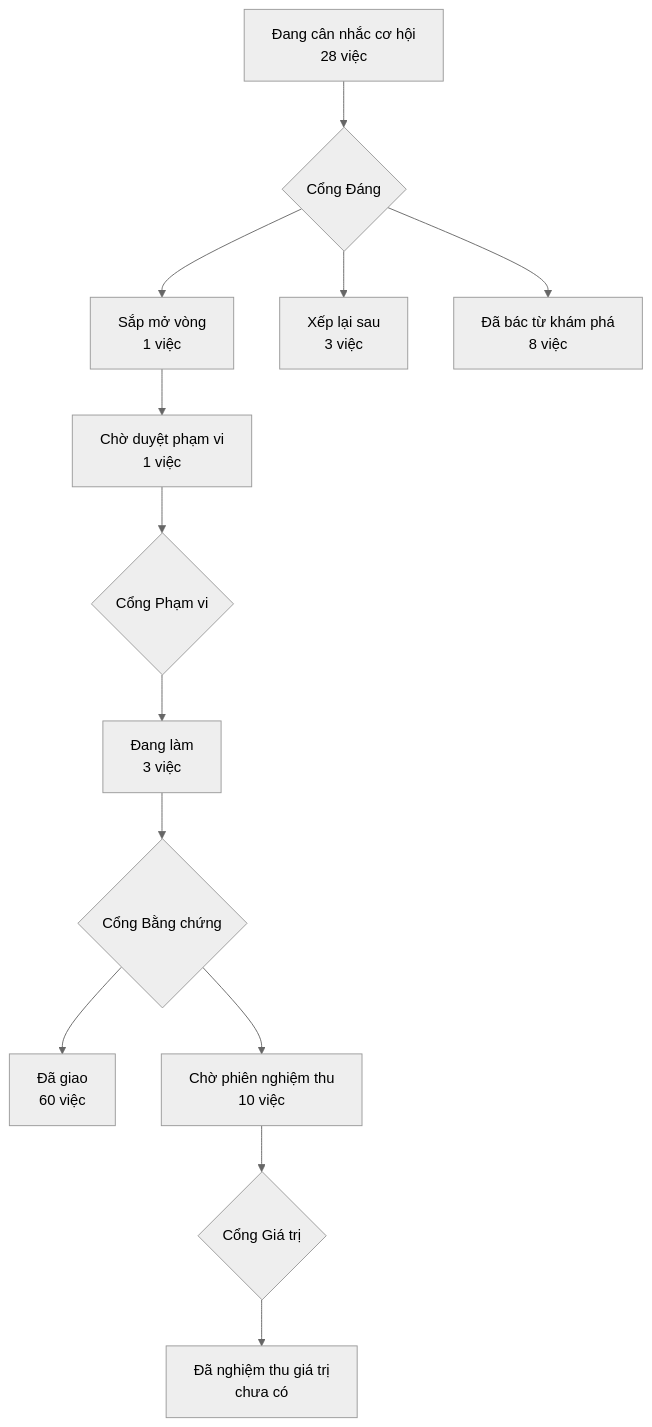
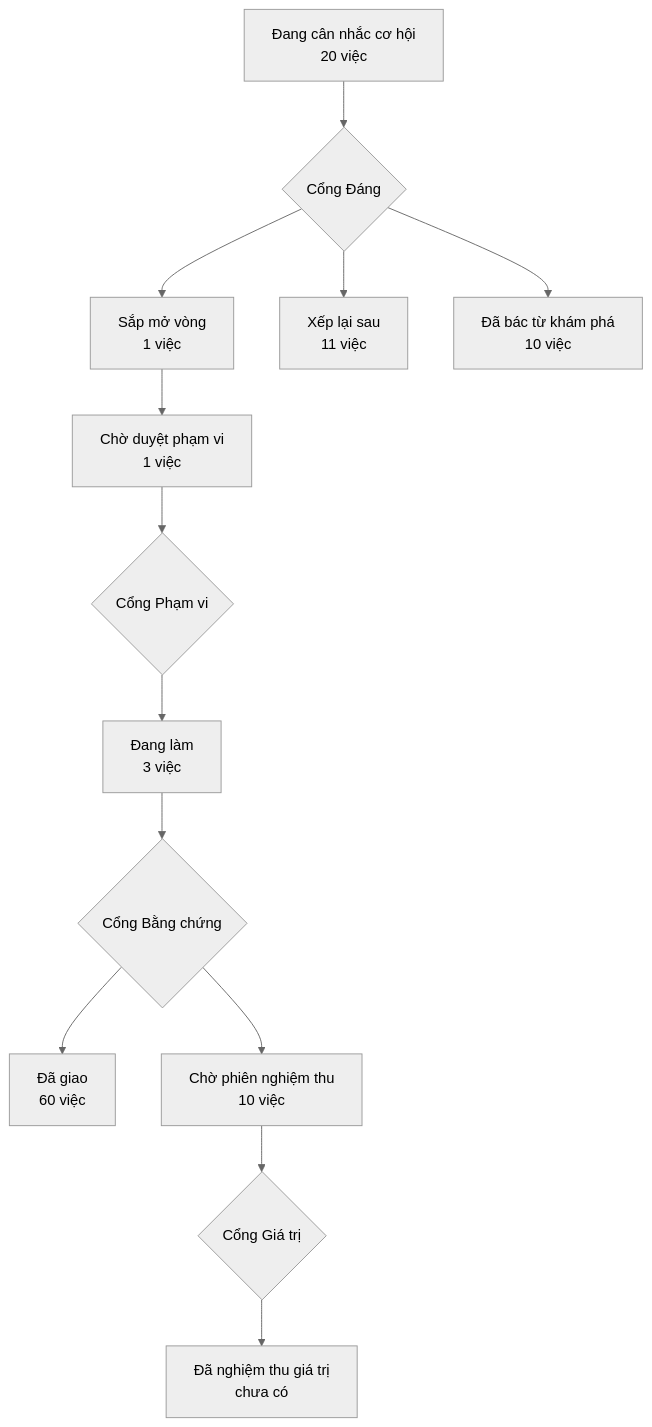
The diagram in PRODUCT-MAP.md (phanlemanh/acceptance-gate-kit), drawn with Mermaid (neutral theme) before and after one commit. The commit also changed other lines of this file and 13 other files, not shown here.

````diff
--- a/PRODUCT-MAP.md
+++ b/PRODUCT-MAP.md
@@ -6,12 +6,12 @@
 ```mermaid
 flowchart TD
-  A["Đang cân nhắc cơ hội<br/>28 việc"] --> GD{"Cổng Đáng"}
+  A["Đang cân nhắc cơ hội<br/>20 việc"] --> GD{"Cổng Đáng"}
   GD --> B["Sắp mở vòng<br/>1 việc"]
-  GD --> XL["Xếp lại sau<br/>3 việc"]
-  GD --> DB["Đã bác từ khám phá<br/>8 việc"]
+  GD --> XL["Xếp lại sau<br/>11 việc"]
+  GD --> DB["Đã bác từ khám phá<br/>10 việc"]
   B --> CD["Chờ duyệt phạm vi<br/>1 việc"] --> GP{"Cổng Phạm vi"}
   GP --> DL["Đang làm<br/>3 việc"] --> GB{"Cổng Bằng chứng"}
   GB --> DG["Đã giao<br/>60 việc"]
   GB --> CN["Chờ phiên nghiệm thu<br/>10 việc"] --> GG{"Cổng Giá trị"}
   GG --> NT["Đã nghiệm thu giá trị<br/>chưa có"]
 ```
````
